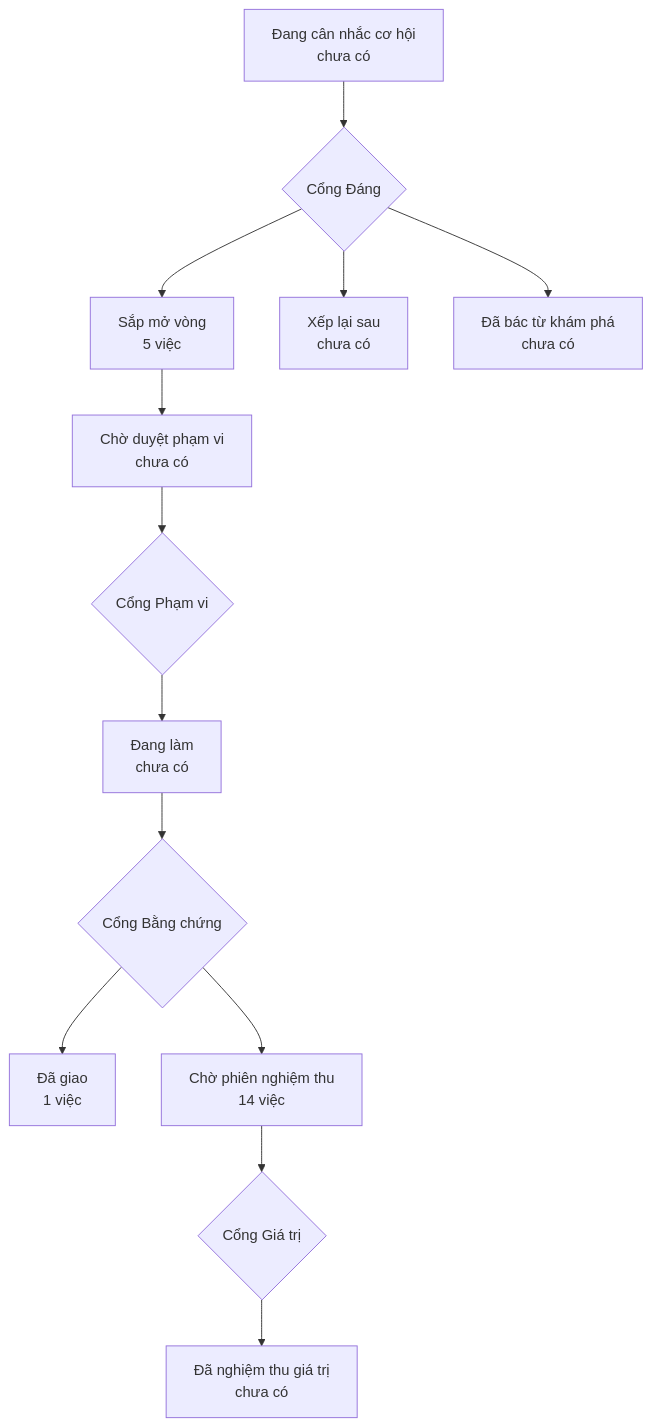
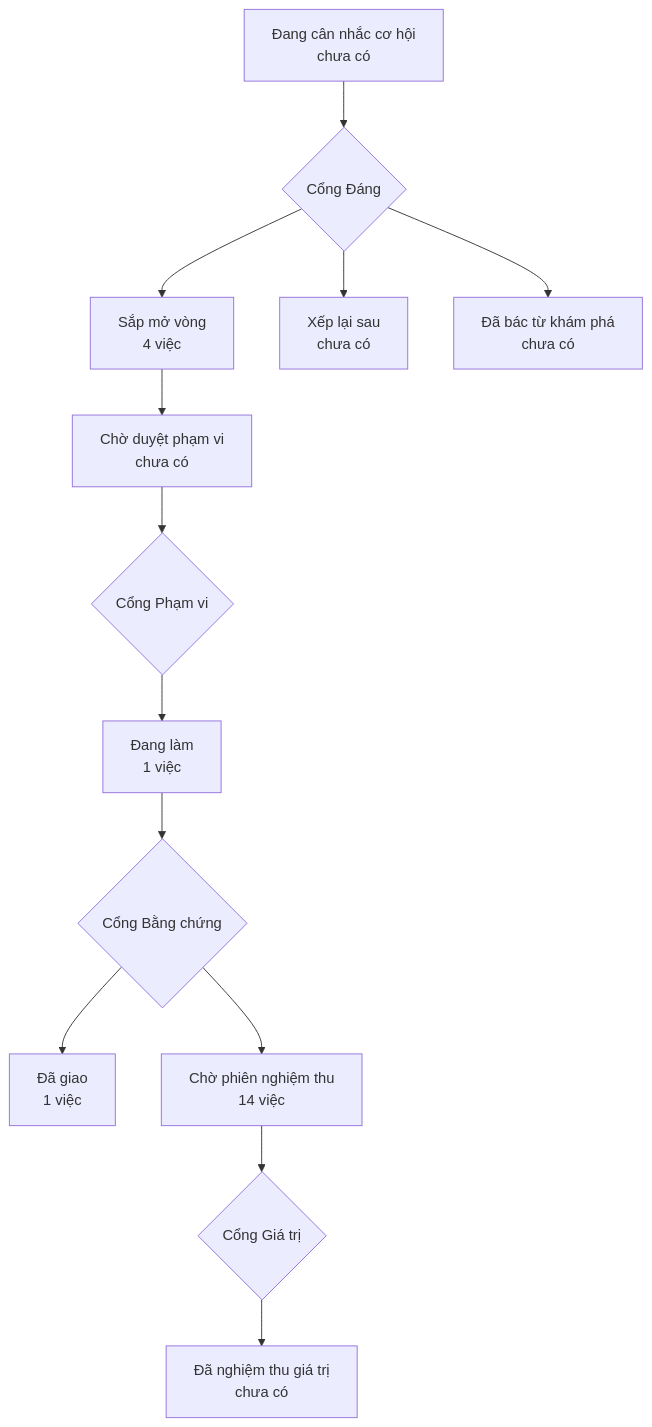
The diagram in PRODUCT-MAP.md (phanlemanh/onehub-inventory), drawn with Mermaid before and after one commit. The commit also changed other lines of this file and 3 other files, not shown here.

````diff
--- a/PRODUCT-MAP.md
+++ b/PRODUCT-MAP.md
@@ -7,12 +7,12 @@
 ```mermaid
 flowchart TD
   A["Đang cân nhắc cơ hội<br/>chưa có"] --> GD{"Cổng Đáng"}
-  GD --> B["Sắp mở vòng<br/>5 việc"]
+  GD --> B["Sắp mở vòng<br/>4 việc"]
   GD --> XL["Xếp lại sau<br/>chưa có"]
   GD --> DB["Đã bác từ khám phá<br/>chưa có"]
   B --> CD["Chờ duyệt phạm vi<br/>chưa có"] --> GP{"Cổng Phạm vi"}
-  GP --> DL["Đang làm<br/>chưa có"] --> GB{"Cổng Bằng chứng"}
+  GP --> DL["Đang làm<br/>1 việc"] --> GB{"Cổng Bằng chứng"}
   GB --> DG["Đã giao<br/>1 việc"]
   GB --> CN["Chờ phiên nghiệm thu<br/>14 việc"] --> GG{"Cổng Giá trị"}
   GG --> NT["Đã nghiệm thu giá trị<br/>chưa có"]
 ```
````
